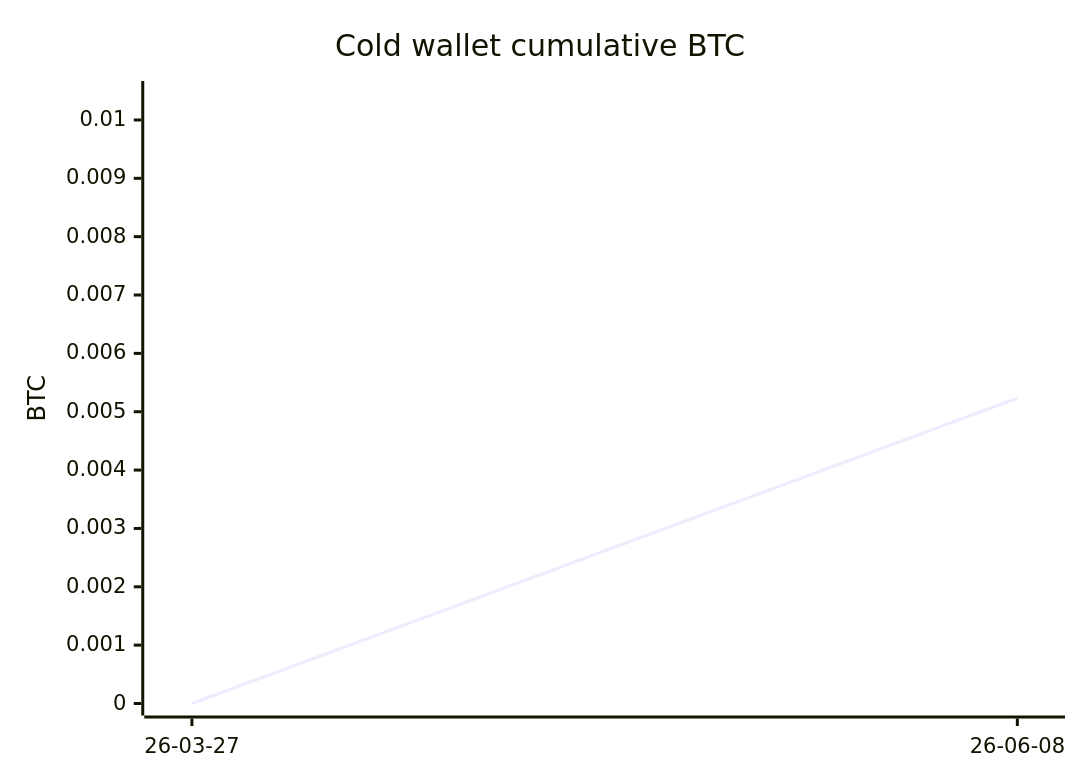
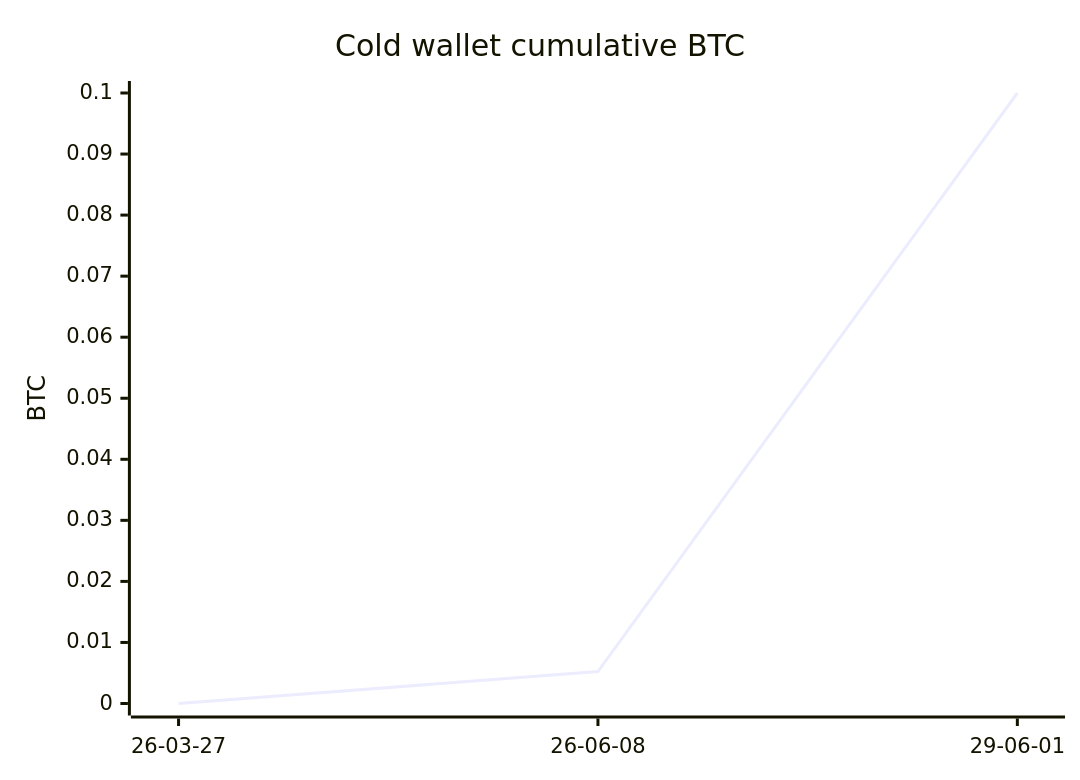
The diagram in README.md (SayangChun/0.1BTC), drawn with Mermaid before and after one commit. The commit also changed other lines of this file and 1 other file, not shown here.

Commit message:
Fix chart axis: target date 2029-06-01, fixed 0-0.1 BTC scale.

````diff
--- a/README.md
+++ b/README.md
@@ -67,7 +67,7 @@
 ```mermaid
 xychart-beta
     title "Cold wallet cumulative BTC"
-    x-axis ["26-03-27", "26-06-08"]
-    y-axis "BTC" 0 --> 0.010462
-    line [0.0, 0.005231]
+    x-axis ["26-03-27", "26-06-08", "29-06-01"]
+    y-axis "BTC" 0 --> 0.1
+    line [0.0, 0.005231, 0.1]
 ```
````
